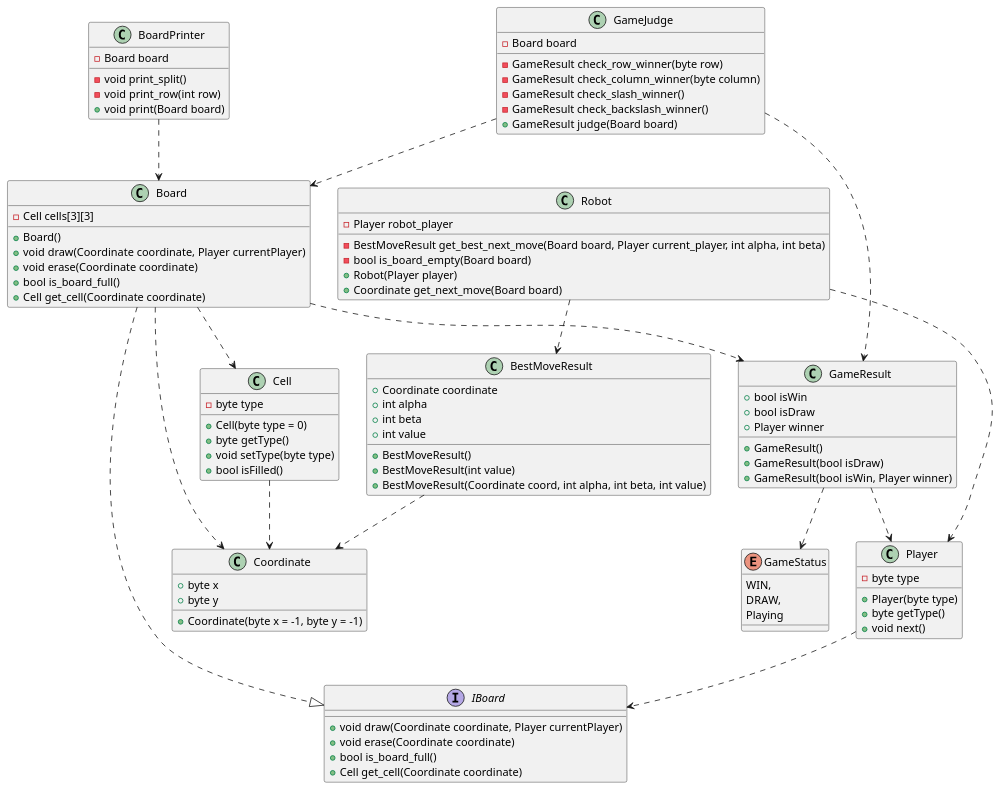
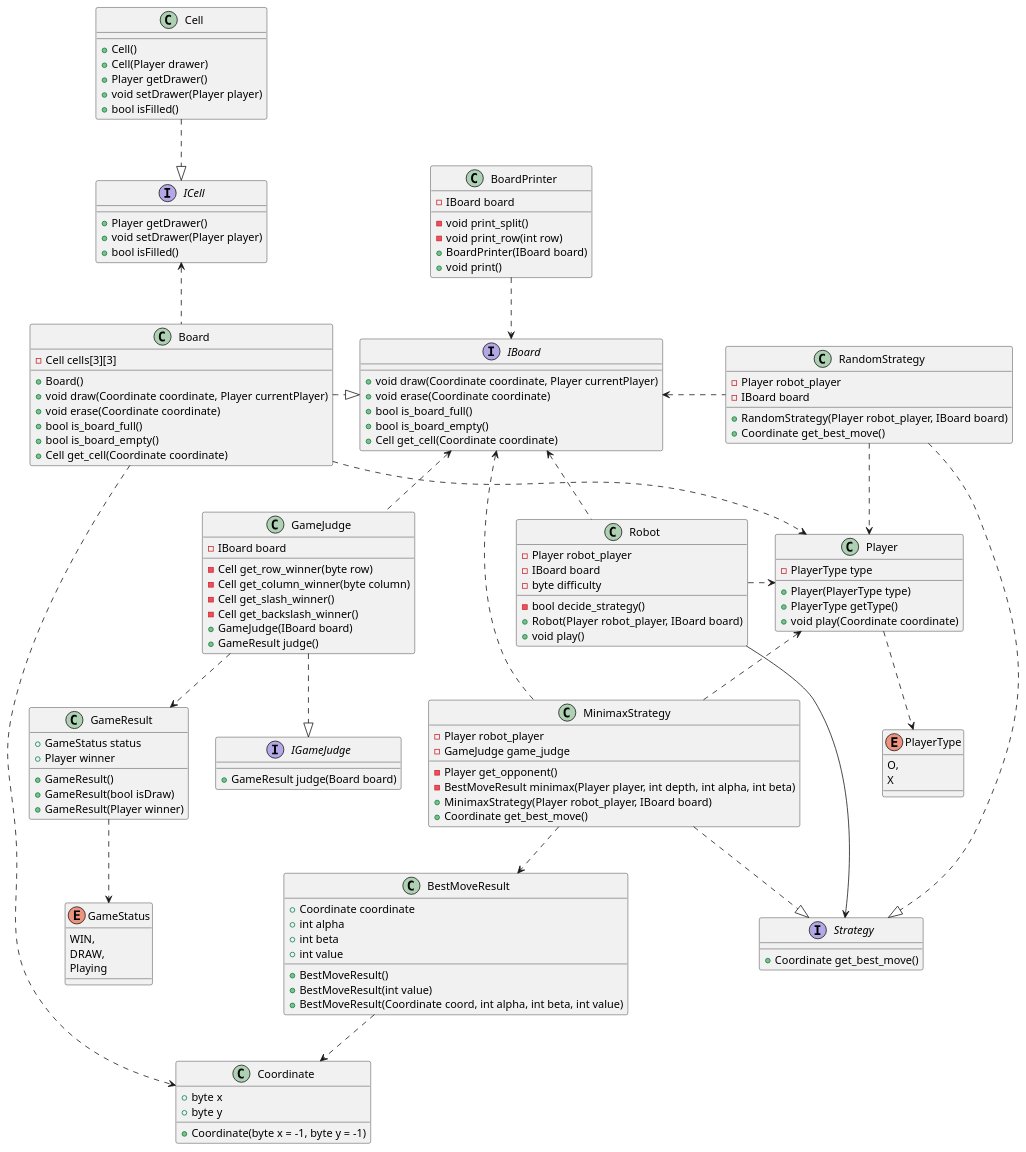
The diagram in class.pu (WorldOfWheat/Arduino-Finial-Project-OOXX), drawn with PlantUML before and after one commit. The commit also changed 2 other files, not shown here.

Commit message:
Finish class diagram

```diff
--- a/class.pu
+++ b/class.pu
@@ -1,111 +1,159 @@
 @startuml
 
+interface ICell {
+	+Player getDrawer()
+	+void setDrawer(Player player)
+	+bool isFilled()
+}
+
 class Cell {
-	-byte type
-	+Cell(byte type = 0)
-	+byte getType()
-	+void setType(byte type)
+	+Cell()
+	+Cell(Player drawer)
+	+Player getDrawer()
+	+void setDrawer(Player player)
 	+bool isFilled()
+}
+
+interface IBoard {
+	+void draw(Coordinate coordinate, Player currentPlayer)
+	+void erase(Coordinate coordinate)
+	+bool is_board_full()
+	+bool is_board_empty()
+	+Cell get_cell(Coordinate coordinate)
+}
+
+class Board {
+	-Cell cells[3][3]
+	+Board()
+	+void draw(Coordinate coordinate, Player currentPlayer)
+	+void erase(Coordinate coordinate)
+	+bool is_board_full()
+	+bool is_board_empty()
+	+Cell get_cell(Coordinate coordinate)
+}
+
+class BoardPrinter {
+	-IBoard board
+	-void print_split()
+	-void print_row(int row)
+	+BoardPrinter(IBoard board)
+	+void print()
 }
 
 enum GameStatus {
 	WIN,
 	DRAW,
 	Playing
 }
 
 class GameResult {
-	+bool isWin
-	+bool isDraw
+	+GameStatus status
 	+Player winner
 	+GameResult()
 	+GameResult(bool isDraw)
-	+GameResult(bool isWin, Player winner)
+	+GameResult(Player winner)
 }
 
-interface IBoard {
-	+void draw(Coordinate coordinate, Player currentPlayer)
-	+void erase(Coordinate coordinate)
-	+bool is_board_full()
-	+Cell get_cell(Coordinate coordinate)
-}
-
-class Board {
-	-Cell cells[3][3]
-	+Board()
-	+void draw(Coordinate coordinate, Player currentPlayer)
-	+void erase(Coordinate coordinate)
-	+bool is_board_full()
-	+Cell get_cell(Coordinate coordinate)
-}
-
-class BoardPrinter {
-	-Board board
-	-void print_split()
-	-void print_row(int row)
-	+void print(Board board)
+interface IGameJudge {
+	+GameResult judge(Board board)
 }
 
 class GameJudge {
-	-Board board
-	-GameResult check_row_winner(byte row)
-	-GameResult check_column_winner(byte column)
-	-GameResult check_slash_winner()
-	-GameResult check_backslash_winner()
-	+GameResult judge(Board board)
+	-IBoard board
+	-Cell get_row_winner(byte row)
+	-Cell get_column_winner(byte column)
+	-Cell get_slash_winner()
+	-Cell get_backslash_winner()
+	+GameJudge(IBoard board)
+	+GameResult judge()
 }
 
 class Coordinate {
 	+byte x
 	+byte y
 	+Coordinate(byte x = -1, byte y = -1)
 }
 
+enum PlayerType {
+	O,
+	X
+}
+
 class Player {
-	-byte type
-	+Player(byte type)
-	+byte getType()
-	+void next()
+	-PlayerType type
+	+Player(PlayerType type)
+	+PlayerType getType()
+	+void play(Coordinate coordinate)
 }
 
 class BestMoveResult {
 	+Coordinate coordinate
 	+int alpha
 	+int beta
 	+int value
 	+BestMoveResult()
 	+BestMoveResult(int value)
 	+BestMoveResult(Coordinate coord, int alpha, int beta, int value)
 }
 
 class Robot {
 	-Player robot_player
-	-BestMoveResult get_best_next_move(Board board, Player current_player, int alpha, int beta)
-	-bool is_board_empty(Board board)
-	+Robot(Player player)
-	+Coordinate get_next_move(Board board)
+	-IBoard board
+	-byte difficulty
+	-bool decide_strategy()
+	+Robot(Player robot_player, IBoard board)
+	+void play()
 }
 
+interface Strategy {
+	+Coordinate get_best_move()
+}
 
+class MinimaxStrategy {
+	-Player robot_player
+	-GameJudge game_judge
+	-Player get_opponent()
+	-BestMoveResult minimax(Player player, int depth, int alpha, int beta)
+	+MinimaxStrategy(Player robot_player, IBoard board)
+	+Coordinate get_best_move()
+}
 
-Board ..|> IBoard
-Board ..> Cell
-Board ..> GameResult
-Board ..> Coordinate
-Player ..> IBoard
-Cell ..> Coordinate
+class RandomStrategy {
+	-Player robot_player
+	-IBoard board
+	+RandomStrategy(Player robot_player, IBoard board)
+	+Coordinate get_best_move()
+}
+
+Cell .down.|> ICell
+
+Board .up.> ICell
+Board .down.> Coordinate
+Board .down.> Player
+Board .right.|> IBoard
+
+BoardPrinter ..> IBoard
 
 GameResult ..> GameStatus
+GameJudge ..> GameResult
+GameJudge ..|> IGameJudge
+GameJudge .up.> IBoard
 
-GameJudge ..> GameResult
-GameJudge ..> Board
+Player ..> PlayerType
 
-BoardPrinter ..> Board
+BestMoveResult .down.> Coordinate
 
-Robot ..> BestMoveResult
-Robot ..> Player
+MinimaxStrategy ..|> Strategy
+MinimaxStrategy .down.> BestMoveResult
+MinimaxStrategy .left.> IBoard
+MinimaxStrategy .up.> Player
 
-BestMoveResult ..> Coordinate
-GameResult ..> Player
+RandomStrategy ..|> Strategy
+RandomStrategy .left.> IBoard
+RandomStrategy ..> Player
+
+Robot .left.> IBoard
+Robot --> Strategy
+Robot .right.> Player
 
 @enduml
```
